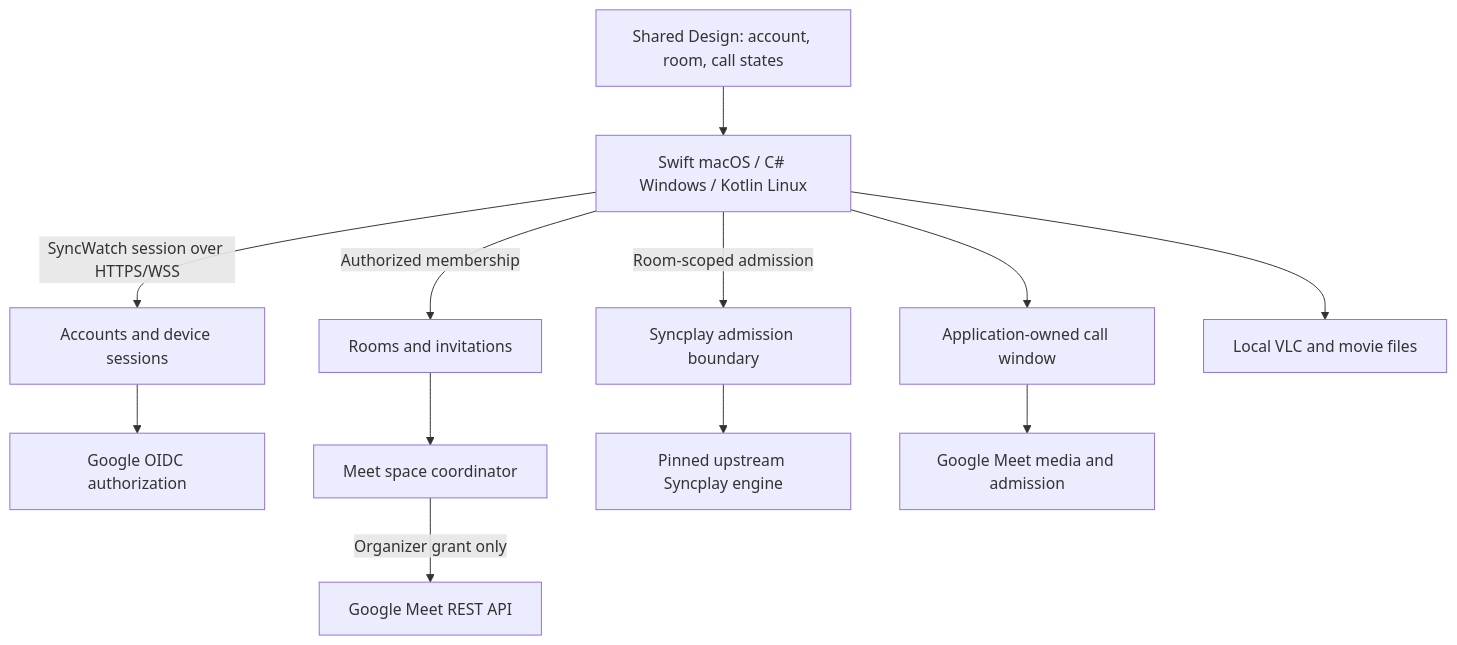
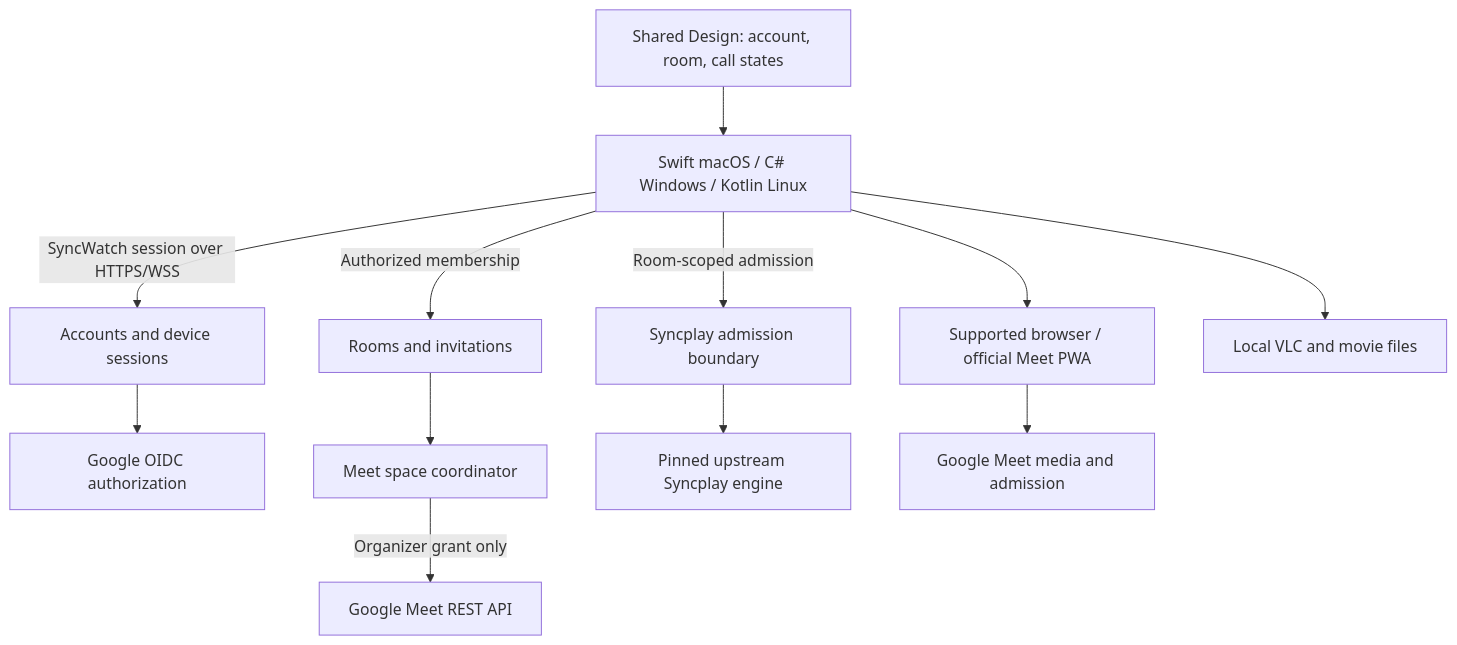
The diagram in docs/architecture/accounts-and-rooms.md (salo-group/syncwatch), drawn with Mermaid before and after one commit. The commit also changed other lines of this file and 5 other files, not shown here.

Commit message:
docs: select supported Meet browser and PWA calling

````diff
--- a/docs/architecture/accounts-and-rooms.md
+++ b/docs/architecture/accounts-and-rooms.md
@@ -24,14 +24,14 @@
 ```mermaid
 flowchart TB
     D[Shared Design: account, room, call states] --> C[Swift macOS / C# Windows / Kotlin Linux]
     C -->|SyncWatch session over HTTPS/WSS| A[Accounts and device sessions]
     C -->|Authorized membership| R[Rooms and invitations]
     A --> G[Google OIDC authorization]
     R --> M[Meet space coordinator]
     M -->|Organizer grant only| API[Google Meet REST API]
     C -->|Room-scoped admission| S[Syncplay admission boundary]
     S --> E[Pinned upstream Syncplay engine]
-    C --> H[Application-owned call window]
+    C --> H[Supported browser / official Meet PWA]
     H --> MEET[Google Meet media and admission]
     C --> V[Local VLC and movie files]
 ```
````
